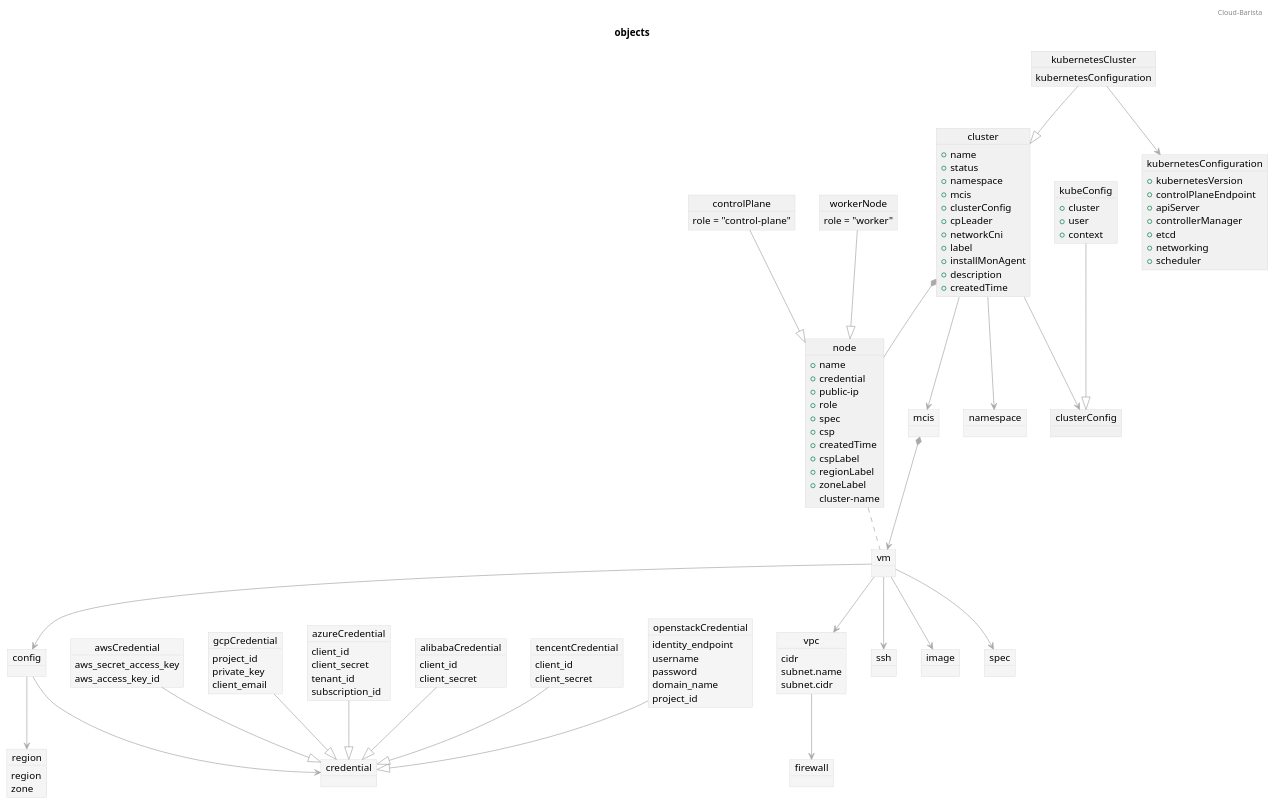
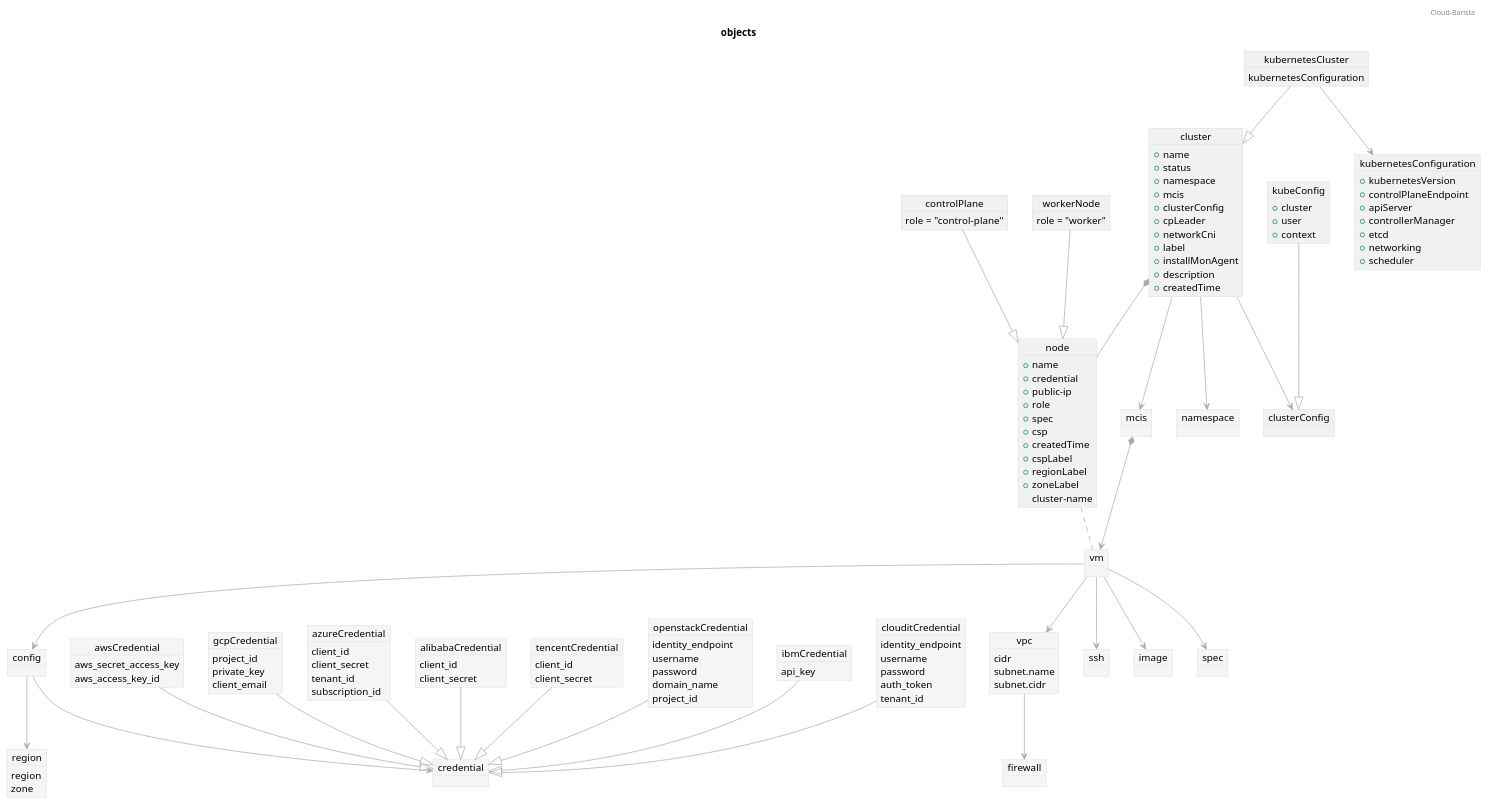
One commit to cloud-barista/cloud-barista changed the diagram in cb-mcks/docs/design/objects.puml. Above: the diagram before and after it, drawn with PlantUML. The commit also changed 1166 other files, not shown here.

```diff
--- a/cb-mcks/docs/design/objects.puml
+++ b/cb-mcks/docs/design/objects.puml
@@ -1,180 +1,192 @@
 @startuml
 
 header Cloud-Barista
 title objects
 skinparam object {
 	' backgroundColor	GreenYellow
 	ArrowColor		DarkGray
 	BorderColor		LightGray
 }
 
 ' # spider ----------------
 object region #WhiteSmoke {
 	region
 	zone
 }
 object credential #WhiteSmoke {
 }
 object awsCredential #WhiteSmoke {
 	aws_secret_access_key
 	aws_access_key_id
 }
 object gcpCredential #WhiteSmoke {
 	project_id
 	private_key
 	client_email
 }
 object azureCredential #WhiteSmoke {
 	client_id
 	client_secret
 	tenant_id	
 	subscription_id
 }
 object alibabaCredential #WhiteSmoke {
 	client_id
 	client_secret
 }
 object tencentCredential #WhiteSmoke {
 	client_id
 	client_secret
 }
 object openstackCredential #WhiteSmoke {
 	identity_endpoint
 	username
 	password
 	domain_name
 	project_id
 }
+object ibmCredential #WhiteSmoke {
+	api_key
+}
+object clouditCredential #WhiteSmoke {
+	identity_endpoint
+	username
+	password
+	auth_token
+	tenant_id
+}
 
 object config #WhiteSmoke {
 }
 object vm #WhiteSmoke {
 }
 ' }
 awsCredential	--|>	credential
 gcpCredential	--|>	credential
 azureCredential	--|>	credential
 alibabaCredential	--|>	credential
 tencentCredential	--|>	credential
 openstackCredential	--|>	credential
+ibmCredential   --|>	credential
+clouditCredential --|>	credential
 config			-->		credential
 config			-->		region
 
 ' # tumblebug ----------------
 object namespace #WhiteSmoke {
 }
 object vpc #WhiteSmoke {
 	cidr
 	subnet.name
 	subnet.cidr
 }
 object firewall #WhiteSmoke {
 }
 object ssh #WhiteSmoke {
 }
 object image #WhiteSmoke {
 }
 object spec #WhiteSmoke {
 }
 object mcis #WhiteSmoke {
 }
 
 vpc		-->		firewall
 vm		-->		vpc
 vm		-->		config
 vm		-->		ssh
 vm		-->		image
 vm		-->		spec
 mcis	*-->	vm
 
 
 ' # mcks ----------------
 object cluster {
 	+name
 	+status
 	+namespace
 	+mcis
 	+clusterConfig
 	+cpLeader
 	+networkCni
 	+label
 	+installMonAgent
 	+description
 	+createdTime
 }
 object kubernetesCluster {
 	kubernetesConfiguration
 }
 
 object kubernetesConfiguration {
 	+kubernetesVersion
 	+controlPlaneEndpoint
 	+apiServer
 	+controllerManager
 	+etcd
 	+networking
 	+scheduler
 }
 object node  {
 	+name
 	+credential
 	+public-ip
 	+role
 	+spec
 	+csp
 	+createdTime
 	+cspLabel
 	+regionLabel
 	+zoneLabel
 	cluster-name
 }
 object controlPlane  {
 	role = "control-plane"
 }
 object workerNode  {
 	role = "worker"
 }
 
 controlPlane	--|>	node
 workerNode		--|>	node
 
 
 object clusterConfig  {
 }
 
 object kubeConfig  {
 	+cluster
 	+user
 	+context
 }
 
 cluster		-->	 	namespace
 cluster		*--		node
 cluster		-->		mcis
 cluster		-->		clusterConfig
 
 kubernetesCluster	--|>	cluster
 kubernetesCluster	-->		kubernetesConfiguration
 node				..		vm
 
 kubeConfig		--|>	clusterConfig
 
 
 '' # mcks controller ----------------
 'object clusterDeployment #GreenYellow {
 '	+namespace
 '	+mcis
 '	+controlPlaneCount
 '	+wokrerCount
 '}
 'object nodeSet #GreenYellow {
 '	+replicas
 '}
 
 
 'clusterDeployment	-->		cluster
 'clusterDeployment	..>		mcis
 'nodeSet				*-->	node
 'nodeSet				..		clusterDeployment
 
 @enduml
```
